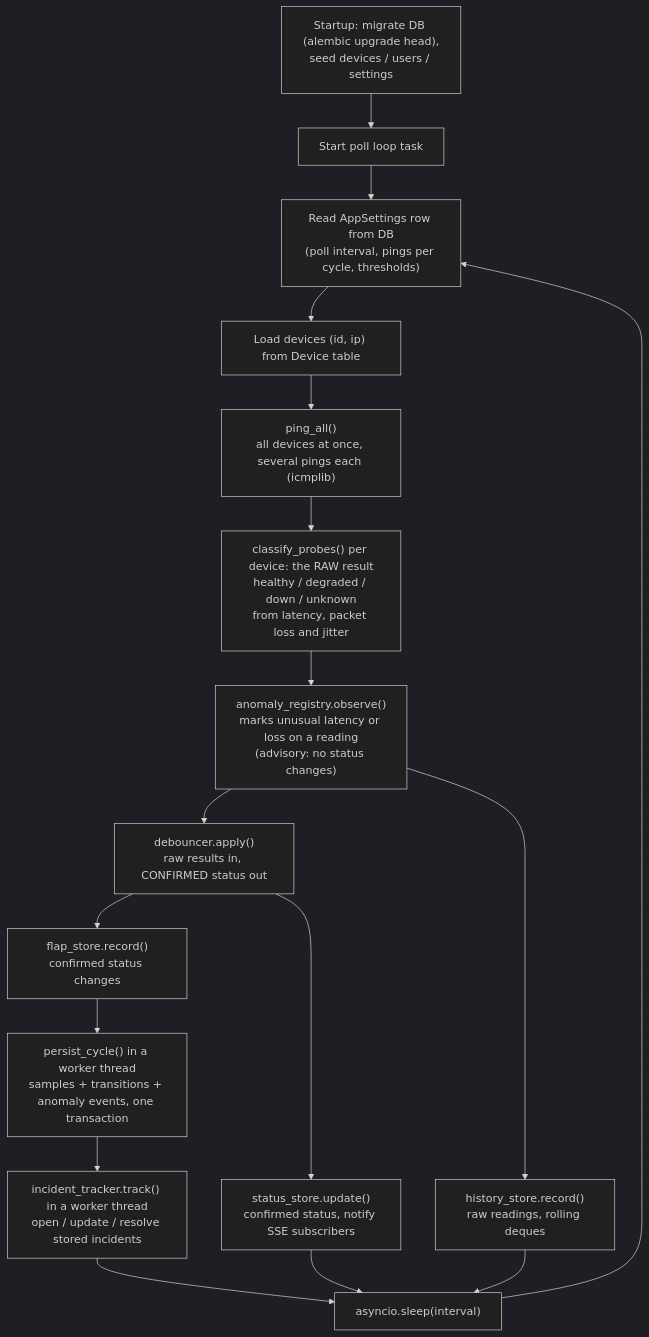
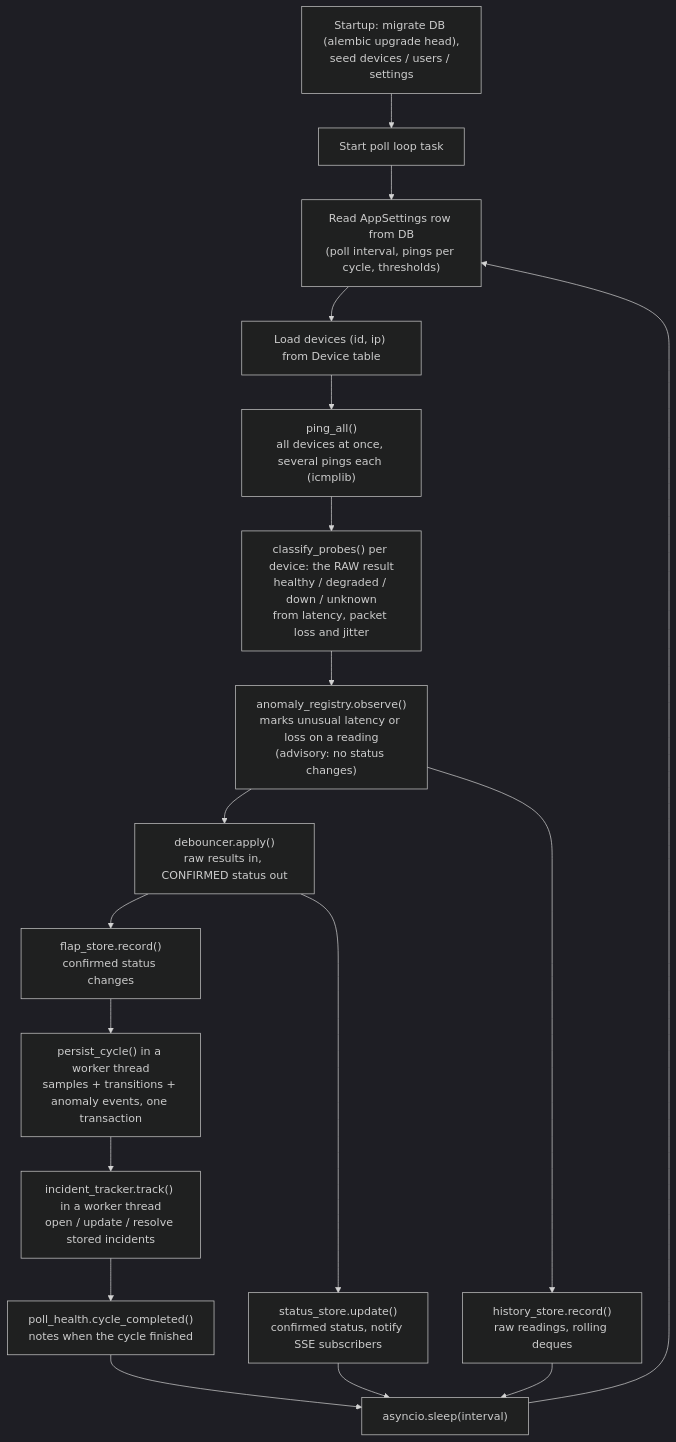
Before and after one commit to dumbL4d/network-analyser: the first of 6 diagrams in docs/architecture.md, drawn with Mermaid (dark theme). The commit also changed other lines of this file and 17 other files, not shown here.

````diff
--- a/docs/architecture.md
+++ b/docs/architecture.md
@@ -86,19 +88,20 @@
 ```mermaid
 flowchart TD
     A["Startup: migrate DB (alembic upgrade head),<br/>seed devices / users / settings"] --> B["Start poll loop task"]
     B --> C["Read AppSettings row from DB<br/>(poll interval, pings per cycle, thresholds)"]
     C --> D["Load devices (id, ip) from Device table"]
     D --> E["ping_all()<br/>all devices at once, several pings each (icmplib)"]
     E --> F["classify_probes() per device: the RAW result<br/>healthy / degraded / down / unknown<br/>from latency, packet loss and jitter"]
     F --> N["anomaly_registry.observe()<br/>marks unusual latency or loss on a reading<br/>(advisory: no status changes)"]
     N --> K["debouncer.apply()<br/>raw results in, CONFIRMED status out"]
     N --> H["history_store.record()<br/>raw readings, rolling deques"]
     K --> G["status_store.update()<br/>confirmed status, notify SSE subscribers"]
     K --> I["flap_store.record()<br/>confirmed status changes"]
     I --> P["persist_cycle() in a worker thread<br/>samples + transitions + anomaly events, one transaction"]
     P --> T["incident_tracker.track() in a worker thread<br/>open / update / resolve stored incidents"]
-    T --> J["asyncio.sleep(interval)"]
+    T --> Q["poll_health.cycle_completed()<br/>notes when the cycle finished"]
+    Q --> J["asyncio.sleep(interval)"]
     G --> J
     H --> J
     J --> C
 ```
````
